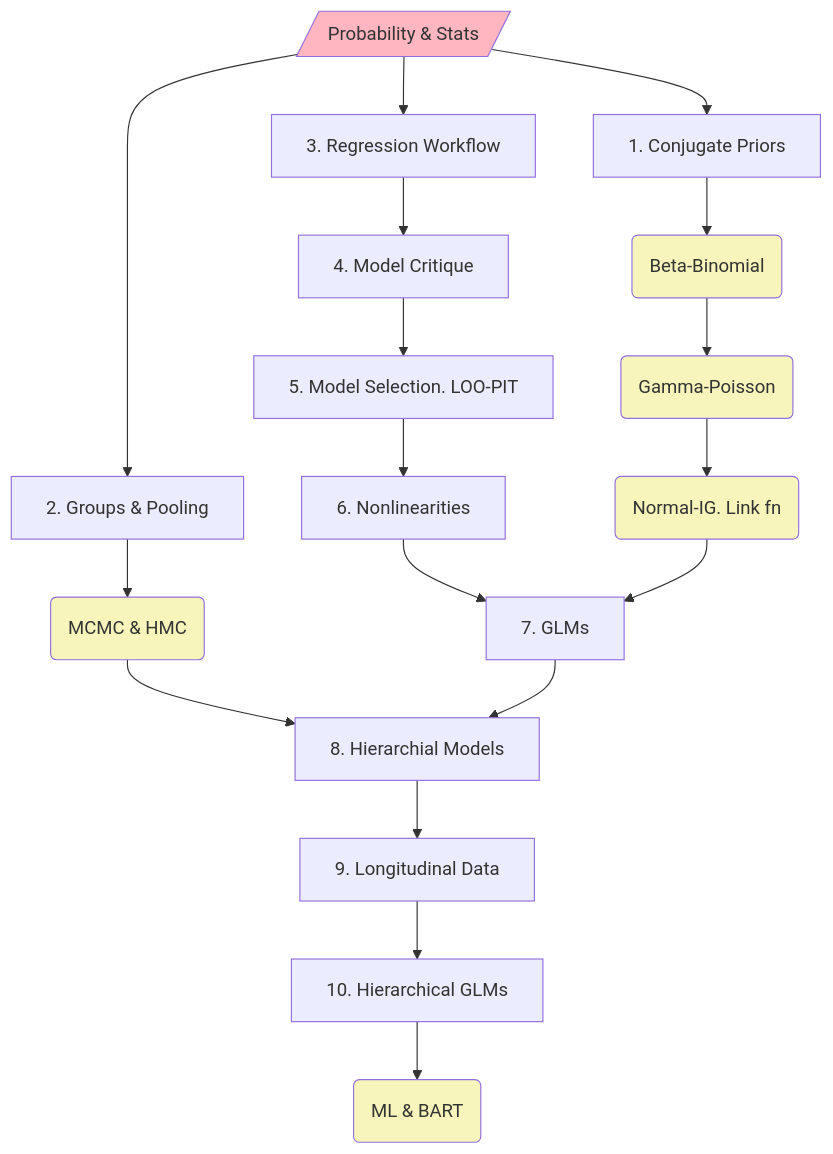
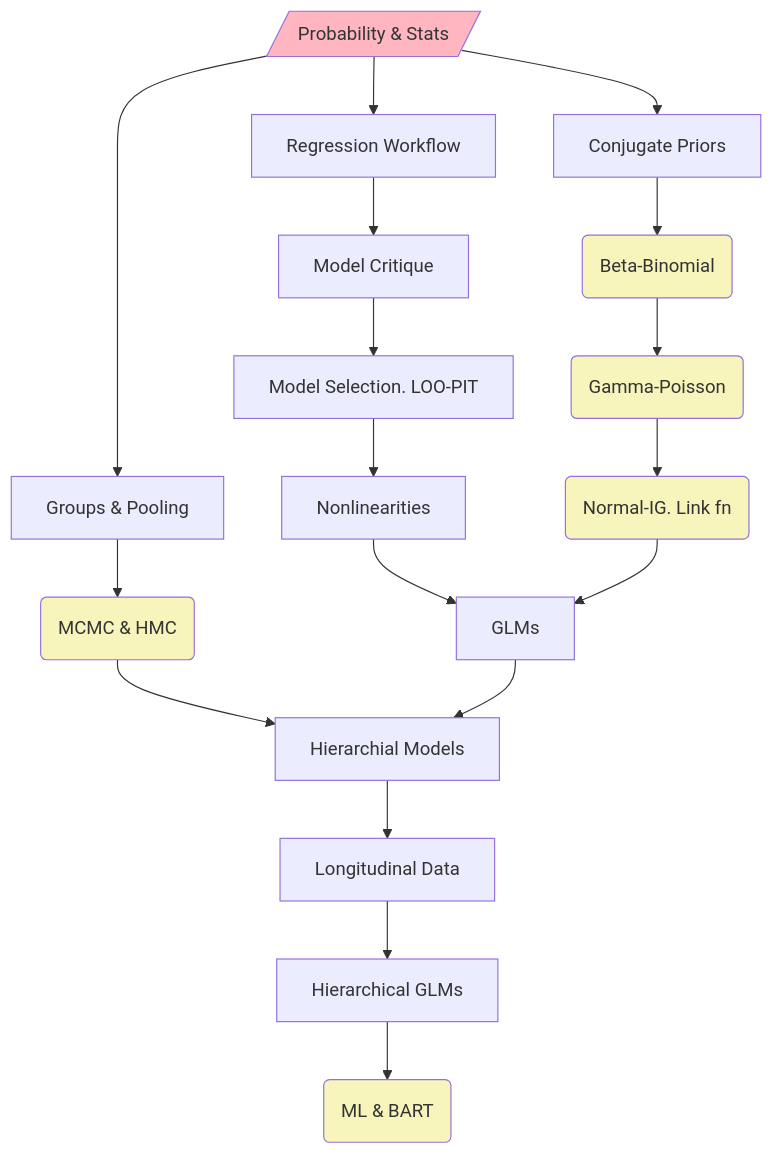
One commit to Bizovi/decision-making-website changed the diagram in course_book/references.qmd. Above: the diagram before and after it, drawn with Mermaid. The commit also changed 1 other file, not shown here.

Commit message:
Fix mermaid diagrams

````diff
--- a/course_book/references.qmd
+++ b/course_book/references.qmd
@@ -29,24 +29,26 @@
 ```{mermaid}
 %%| label: fig-mermaid
 %%| fig-width: 9
 %%| fig-cap: |
 %%|   We develop a composable toolbox, capable to tackle the challenges of nonlinearity, heterogeneity, low level of aggregation, discreteness, missing data and heteroskedasticity. By putting together the right pieces in a right way, we can improve predictions and decisions in most aspects of a business. 
 
+
 flowchart TD
   DM[/ Probability & Stats /]
-  DM --> CJ[1. Conjugate Priors] 
-  DM --> LR1[3. Regression Workflow] --> LR2[4. Model Critique] --> LR3[5. Model Selection. LOO-PIT] --> LR4[6. Nonlinearities] --> GLM[7. GLMs] 
-  DM --> G[2. Groups & Pooling] --> MCMC(MCMC & HMC) --> HM1[8. Hierarchial Models] --> HM2[9. Longitudinal Data] --> HM3[10. Hierarchical GLMs]
+  DM --> CJ[Conjugate Priors] 
+  DM --> LR1[Regression Workflow] --> LR2[Model Critique] --> LR3[Model Selection. LOO-PIT] --> LR4[Nonlinearities] --> GLM[GLMs] 
+  DM --> G[Groups & Pooling] --> MCMC(MCMC & HMC) --> HM1[Hierarchial Models] --> HM2[ Longitudinal Data] --> HM3[Hierarchical GLMs]
 
   GLM --> HM1 
   CJ --> BB(Beta-Binomial) --> GP(Gamma-Poisson) --> NG(Normal-IG. Link fn)
   NG --> GLM
   HM3 --> BART(ML & BART)
 
   style DM fill:#ffb6c1
   style BB fill:#f7f5bc
   style GP fill:#f7f5bc
   style NG fill:#f7f5bc
   style BART fill:#f7f5bc
   style MCMC fill:#f7f5bc
+
 ```
````
